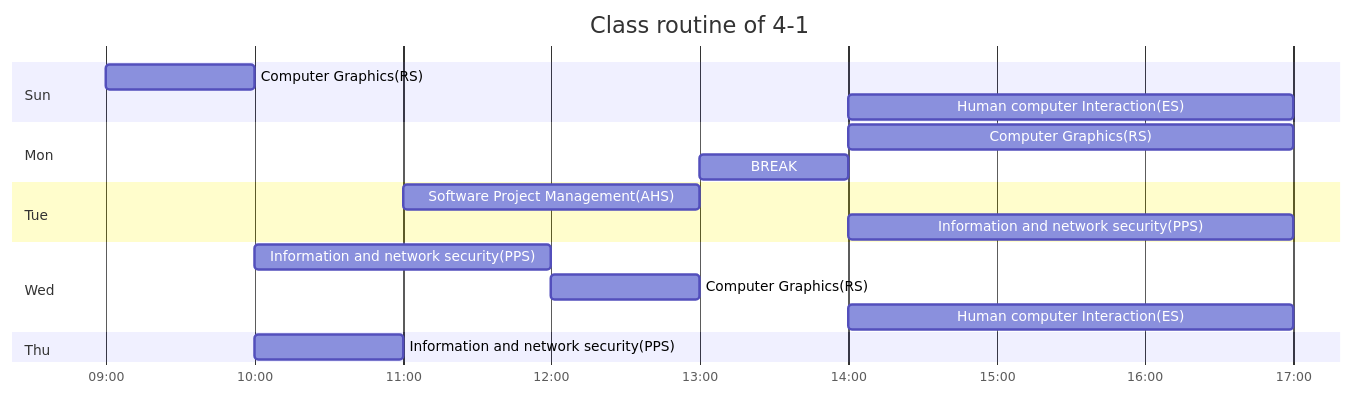
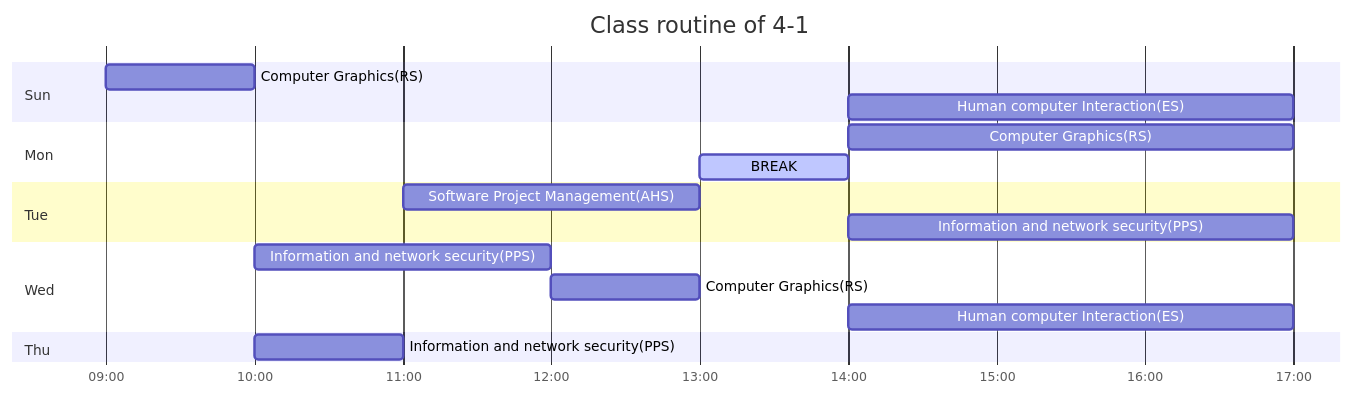
Before and after one commit to whereisfarukk/Studymaterial: the diagram in Semester 4-1/README.md, drawn with Mermaid.

````diff
--- a/Semester 4-1/README.md
+++ b/Semester 4-1/README.md
@@ -1,28 +1,28 @@
 ```mermaid
       gantt
       dateFormat  HH-mm
        axisFormat %H:%M
 
 
        title Class routine of 4-1
        
        section  Sun
        Computer Graphics(RS)      :09-00, 10-00
        Human computer Interaction(ES)      :14-00,17-00
 
        section Mon
        Computer Graphics(RS)       :14-00,17-00
-        BREAK                  : 13-00,14-00
+        BREAK                  : active,13-00,14-00
 
        section Tue
         Software Project Management(AHS)      :11-00, 13-00
         Information and network security(PPS)      :14-00,17-00
        section Wed
         Information and network security(PPS)      :10-00, 12-00
         Computer Graphics(RS)      :12-00,13-00
         Human computer Interaction(ES)      :14-00,17-00
 
        section Thu
         Information and network security(PPS)       :10-00, 11-00
     
 ```
````
